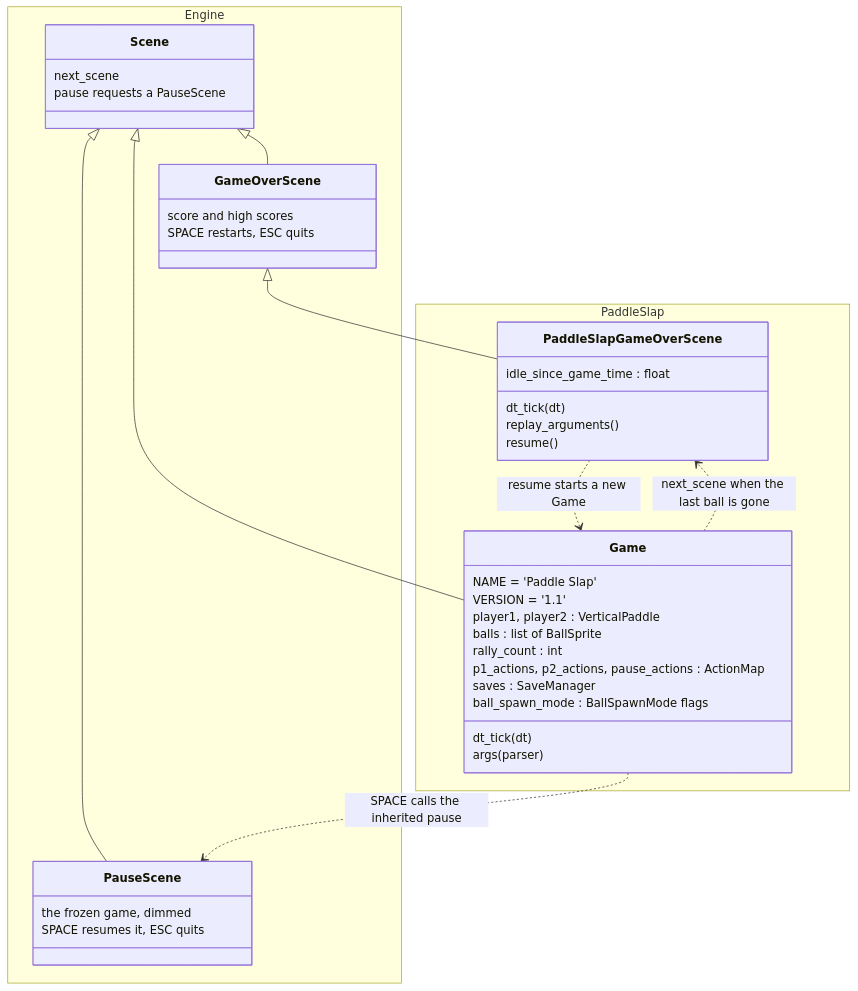
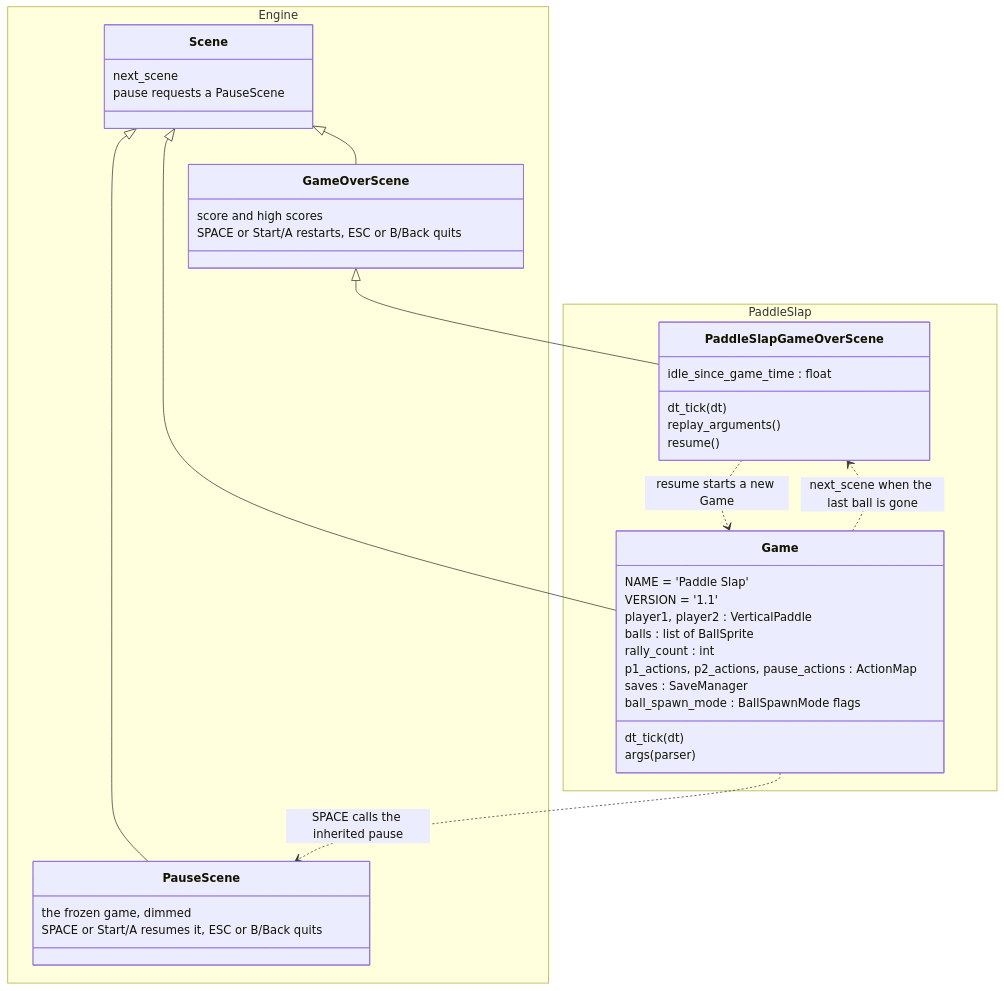
Before and after one commit to terrysimons/glitchygames: the third of 7 diagrams in docs/games/paddleslap.md, drawn with Mermaid. The commit also changed other lines of this file and 93 other files, not shown here.

````diff
--- a/docs/games/paddleslap.md
+++ b/docs/games/paddleslap.md
@@ -164,47 +164,47 @@
 ```mermaid
 classDiagram
     direction TB
     namespace Engine {
         class Scene {
             next_scene
             pause requests a PauseScene
         }
         class PauseScene {
             the frozen game, dimmed
-            SPACE resumes it, ESC quits
+            SPACE or Start/A resumes it, ESC or B/Back quits
         }
         class GameOverScene {
             score and high scores
-            SPACE restarts, ESC quits
+            SPACE or Start/A restarts, ESC or B/Back quits
         }
     }
     namespace PaddleSlap {
         class Game {
             NAME = 'Paddle Slap'
             VERSION = '1.1'
             player1, player2 : VerticalPaddle
             balls : list of BallSprite
             rally_count : int
             p1_actions, p2_actions, pause_actions : ActionMap
             saves : SaveManager
             ball_spawn_mode : BallSpawnMode flags
             dt_tick(dt)
             args(parser)
         }
         class PaddleSlapGameOverScene {
             idle_since_game_time : float
             dt_tick(dt)
             replay_arguments()
             resume()
         }
     }
 
     Scene <|-- PauseScene
     Scene <|-- GameOverScene
     Scene <|-- Game
     GameOverScene <|-- PaddleSlapGameOverScene
 
     Game ..> PauseScene : SPACE calls the inherited pause
     Game ..> PaddleSlapGameOverScene : next_scene when the last ball is gone
     PaddleSlapGameOverScene ..> Game : resume starts a new Game
 ```
````
